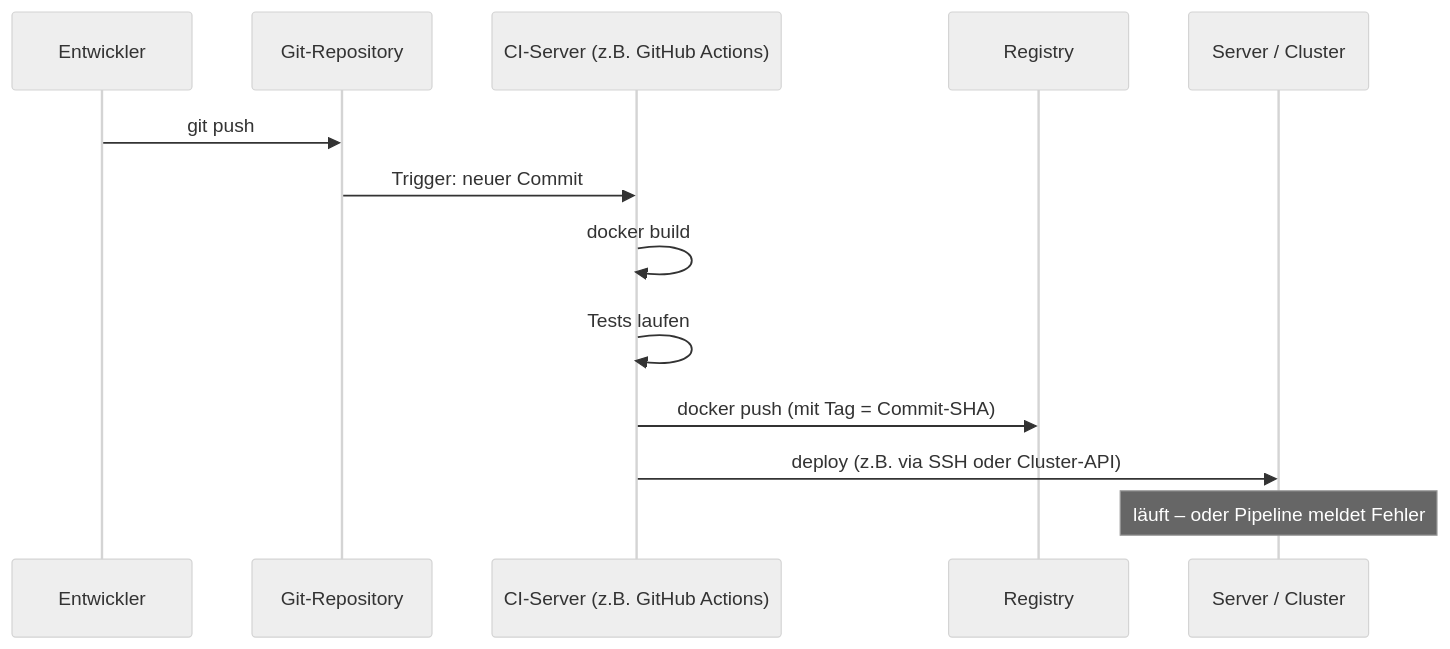
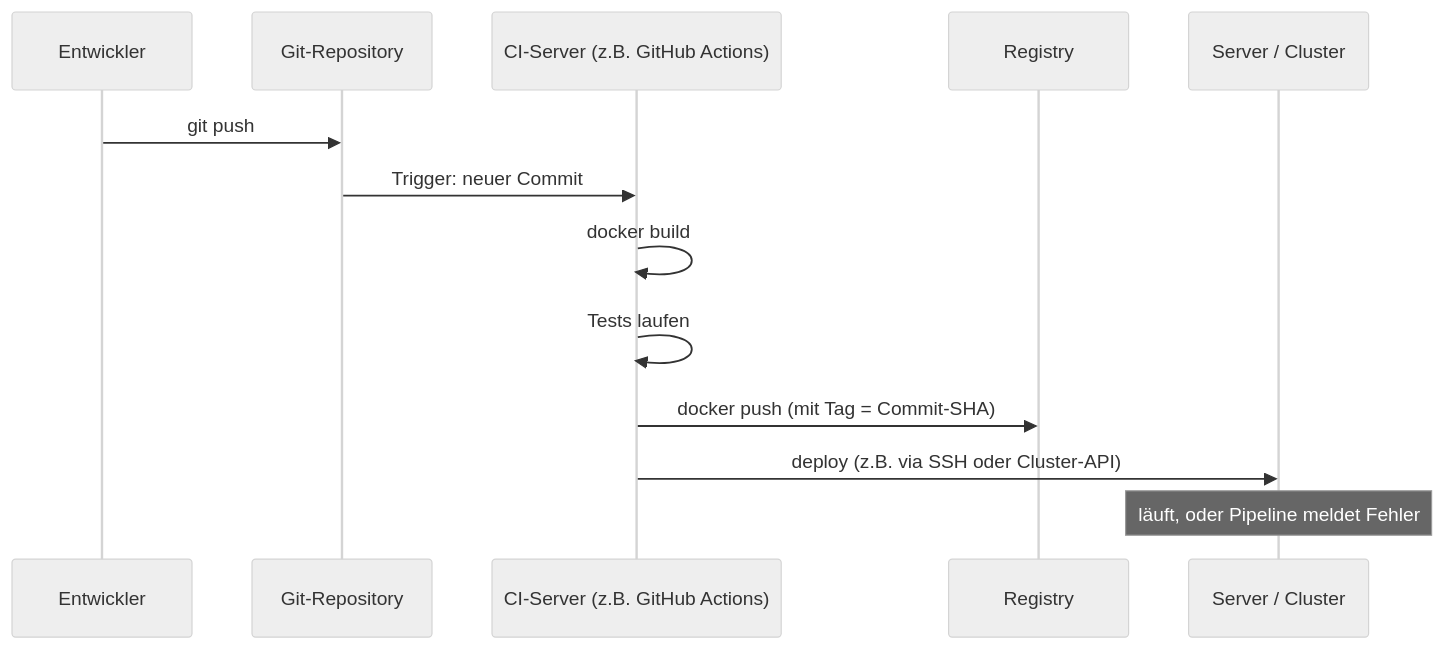
Before and after one commit to JacobMenge/kurs-unterlagen: the second of 3 diagrams in docs/ci-cd/warum-cicd.md, drawn with Mermaid (neutral theme). The commit also changed other lines of this file and 14 other files, not shown here.

````diff
--- a/docs/ci-cd/warum-cicd.md
+++ b/docs/ci-cd/warum-cicd.md
@@ -98,15 +98,15 @@
 ```mermaid
 sequenceDiagram
   participant Dev as Entwickler
   participant Repo as Git-Repository
   participant CI as CI-Server (z.B. GitHub Actions)
   participant Reg as Registry
   participant Server as Server / Cluster
   Dev->>Repo: git push
   Repo->>CI: Trigger: neuer Commit
   CI->>CI: docker build
   CI->>CI: Tests laufen
   CI->>Reg: docker push (mit Tag = Commit-SHA)
   CI->>Server: deploy (z.B. via SSH oder Cluster-API)
-  Note over Server: läuft – oder Pipeline meldet Fehler
+  Note over Server: läuft, oder Pipeline meldet Fehler
 ```
````
